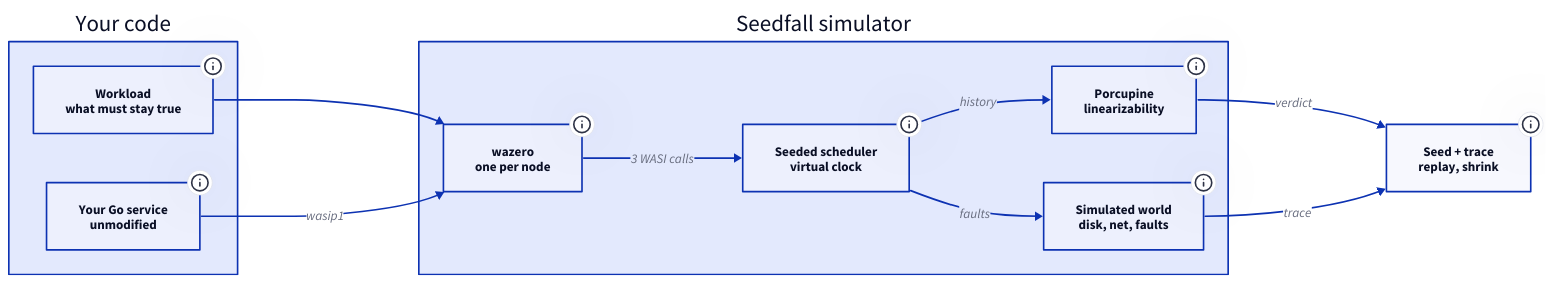
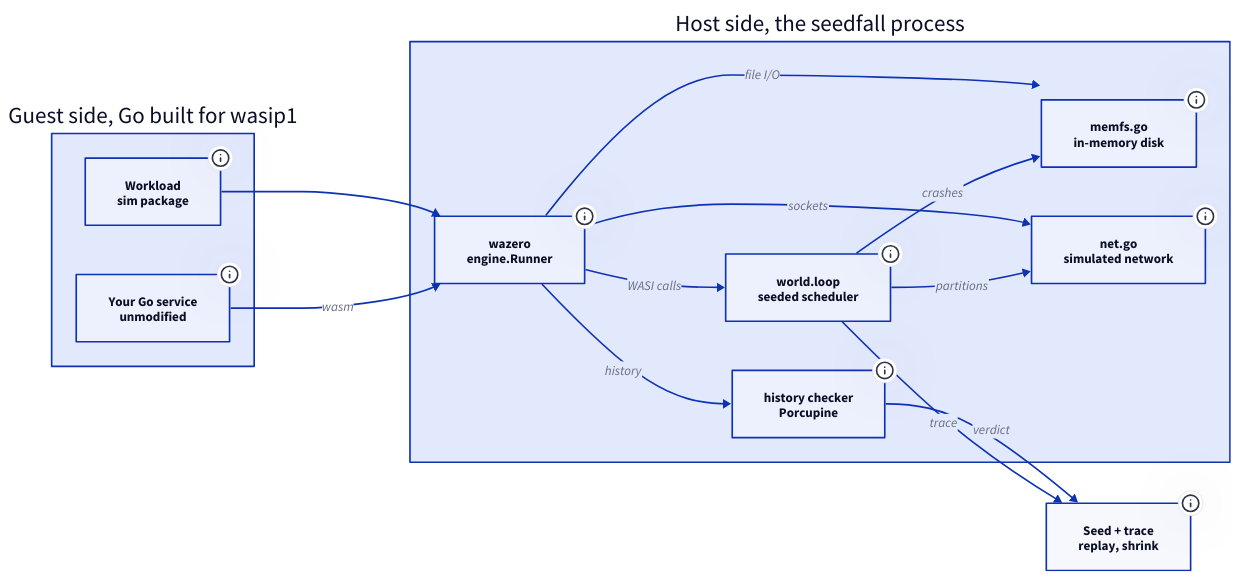
One commit to kunalgoesbyken/portfoliov1 changed the diagram in data/projects/diagrams/seedfall-system.d2. Above: the diagram before and after it, drawn with D2. The commit also changed 54 other files, not shown here.

Commit message:
Describe each architecture from its codebase, add stack logos, drop redundant stats and card styling

```diff
--- a/data/projects/diagrams/seedfall-system.d2
+++ b/data/projects/diagrams/seedfall-system.d2
@@ -1,46 +1,53 @@
 direction: right
 
-you: Your code {
+guest: Guest side, Go built for wasip1 {
   class: zone
-  workload: Workload\nwhat must stay true {
+  workload: Workload\nsim package {
     class: client
-    tooltip: "A small Go program that drives the system and states properties: sim.Always, sim.Eventually, liveness bounds, and recorded Put and Get histories checked for linearizability."
+    tooltip: "A small Go program built with the stock toolchain that drives the cluster. It imports sim for Always, Eventually and Sometimes properties, Put and Get history records, sim.Budget and sim.Listen. Outside the simulator, sim.Listen and sim.Dial call the standard net package."
   }
   service: Your Go service\nunmodified {
     class: external
-    tooltip: "Built with the stock Go toolchain for GOOS=wasip1. No forked runtime and no source rewriting, so new Go releases keep working."
+    tooltip: "Each node package is built with GOOS=wasip1. No forked runtime and no source rewriting. Code that needs cgo cannot build, and mmap or flock code needs a built-in or hand-written shim."
   }
 }
 
-sim: Seedfall simulator {
+host: Host side, the seedfall process {
   class: zone
-  runtime: wazero\none per node {
+  runtime: wazero\nengine.Runner {
     class: service
-    tooltip: "Each node is its own WebAssembly instance inside one host process. On wasip1 the Go runtime is single-threaded and every source of nondeterminism leaves through three WASI calls, which Seedfall implements itself."
+    tooltip: "Compiles each guest once, after adding a call counter to every function in the wasm (instrument.go), and caches the result in .seedfall/cache. Every node start or restart is a fresh module instance."
   }
-  sched: Seeded scheduler\nvirtual clock {
+  sched: world.loop\nseeded scheduler {
     class: service
-    tooltip: "Runs exactly one node at a time, picks the earliest wake-up, breaks ties with the seed and jumps virtual time, so sleeps cost nothing. random_get is a ChaCha8 stream, which also fixes map order and select choice. A call counter forces cooperative preemption after about four million calls."
+    tooltip: "Runs exactly one node at a time. It picks the earliest fault, restart or wake-up, breaks ties with the seed and jumps virtual time forward. The clock, random_get (ChaCha8) and poll_oneoff are the three WASI calls it implements."
   }
-  world: Simulated world\ndisk, net, faults {
+  disk: memfs.go\nin-memory disk {
     class: store
-    tooltip: "A page cache with explicit durability: a crash keeps only fsynced data. Options add torn writes, reordered page writeback, strict POSIX directory durability, fsync EIO, lost writes and bit flips. TCP and UDP get seeded latency, loss and one-way partitions through the Go network poller."
+    tooltip: "One file system per node with a page cache: Sync makes writes durable and a crash keeps only durable data. Options add torn writes, reordered page writeback, strict_dirs, fsync EIO, full disks, lost writes and bit flips."
   }
-  check: Porcupine\nlinearizability {
+  net: net.go\nsimulated network {
     class: service
-    tooltip: "Checks recorded operation histories against a sequential model. As a control, hashicorp/raft passes 600 seeds and a deliberately broken copy is caught."
+    tooltip: "Ordered TCP streams with seeded latency and UDP datagrams that can reorder, drop or duplicate. Faults are rules on one direction of a link, so one-way partitions fall out of the same code."
   }
-  runtime -> sched: 3 WASI calls
-  sched -> world: faults
-  sched -> check: history
+  check: history checker\nPorcupine {
+    class: service
+    tooltip: "After the run, Put and Get records are checked for linearizability with Porcupine against a sequential model. With the list-append model, an in-house Elle-style checker looks for isolation anomalies in sim.Txn histories."
+  }
+  runtime -> sched: WASI calls
+  runtime -> disk: file I/O
+  runtime -> net: sockets
+  sched -> disk: crashes
+  sched -> net: partitions
 }
 
 out: Seed + trace\nreplay, shrink {
   class: client
-  tooltip: "Any failure replays byte for byte from its seed, and run -check runs every seed twice and stops at the first differing host call. Shrinking cut one failure from 33 faults to 2 in 191 runs."
+  tooltip: "The result holds the seed, fault list, trace and a hash over every host call. replay, shrink and verify all start from the seed, and run -check runs each seed twice and stops at the first host call that differs."
 }
 
-you.workload -> sim.runtime
-you.service -> sim.runtime: wasip1
-sim.check -> out: verdict
-sim.world -> out: trace
+guest.workload -> host.runtime
+guest.service -> host.runtime: wasm
+host.runtime -> host.check: history
+host.check -> out: verdict
+host.sched -> out: trace
```
